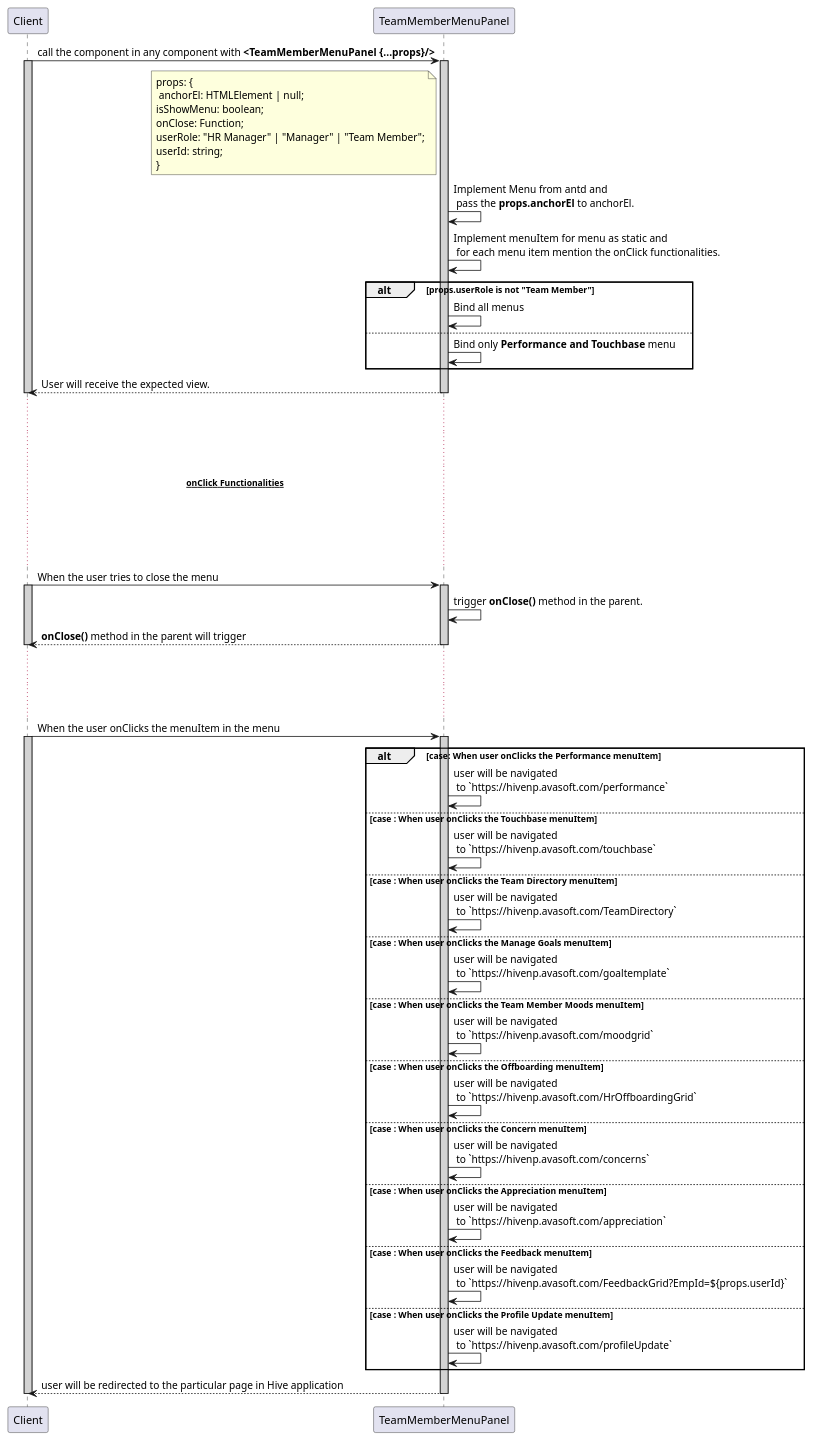
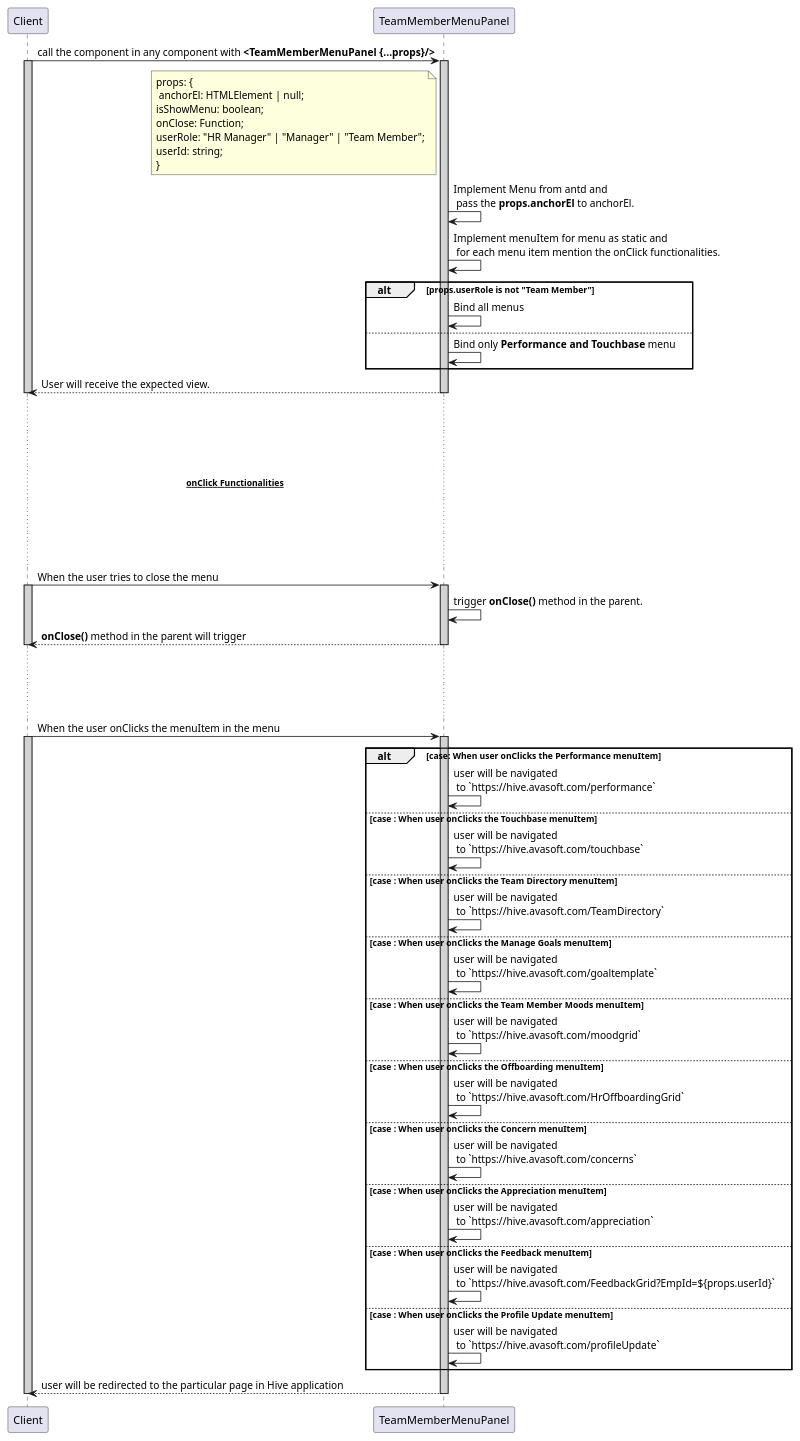
One commit to avasoft-mobility/workday-design changed the diagram in frontend/components/team_member_menu_panel/team_member_menu_panel.sequence.puml. Above: the diagram before and after it, drawn with PlantUML. The commit also changed 3 other files, not shown here.

Commit message:
Add onclick of menu items in NavigationBarPanel

```diff
--- a/frontend/components/team_member_menu_panel/team_member_menu_panel.sequence.puml
+++ b/frontend/components/team_member_menu_panel/team_member_menu_panel.sequence.puml
@@ -1,66 +1,66 @@
 @startuml TeamMemberMenuPanel sequence Diagram
 participant Client
 participant TeamMemberMenuPanel
 
 Client -> TeamMemberMenuPanel : call the component in any component with **<TeamMemberMenuPanel {...props}/>**
 activate Client #D3D3D3
     activate TeamMemberMenuPanel #D3D3D3
         note left of TeamMemberMenuPanel : props: {\n anchorEl: HTMLElement | null;\nisShowMenu: boolean;\nonClose: Function;\nuserRole: "HR Manager" | "Manager" | "Team Member";\nuserId: string; \n}
         TeamMemberMenuPanel -> TeamMemberMenuPanel : Implement Menu from antd and\n pass the **props.anchorEl** to anchorEl.
         TeamMemberMenuPanel -> TeamMemberMenuPanel : Implement menuItem for menu as static and\n for each menu item mention the onClick functionalities.
         alt props.userRole is not "Team Member"
             TeamMemberMenuPanel -> TeamMemberMenuPanel : Bind all menus
         else 
             TeamMemberMenuPanel -> TeamMemberMenuPanel : Bind only **Performance and Touchbase** menu
         end
         Client <-- TeamMemberMenuPanel : User will receive the expected view.
     deactivate TeamMemberMenuPanel
 deactivate Client
 
 ... ...
 ... ...
 ...~~**onClick Functionalities**~~ ...
 ... ...
 ... ...
 
 Client -> TeamMemberMenuPanel : When the user tries to close the menu 
 activate Client #D3D3D3
     activate TeamMemberMenuPanel #D3D3D3
         TeamMemberMenuPanel -> TeamMemberMenuPanel : trigger **onClose()** method in the parent.
         Client <-- TeamMemberMenuPanel : **onClose()** method in the parent will trigger
     deactivate TeamMemberMenuPanel
 deactivate Client
 
 ... ...
 ... ...
 
 
 Client -> TeamMemberMenuPanel : When the user onClicks the menuItem in the menu 
 activate Client #D3D3D3
     activate TeamMemberMenuPanel #D3D3D3
         alt case: When user onClicks the **Performance** menuItem
-            TeamMemberMenuPanel -> TeamMemberMenuPanel : user will be navigated\n to `https://hivenp.avasoft.com/performance`
+            TeamMemberMenuPanel -> TeamMemberMenuPanel : user will be navigated\n to `https://hive.avasoft.com/performance`
         else case : When user onClicks the **Touchbase** menuItem
-            TeamMemberMenuPanel -> TeamMemberMenuPanel : user will be navigated\n to `https://hivenp.avasoft.com/touchbase`
+            TeamMemberMenuPanel -> TeamMemberMenuPanel : user will be navigated\n to `https://hive.avasoft.com/touchbase`
         else case : When user onClicks the **Team Directory** menuItem
-            TeamMemberMenuPanel -> TeamMemberMenuPanel : user will be navigated\n to `https://hivenp.avasoft.com/TeamDirectory`
+            TeamMemberMenuPanel -> TeamMemberMenuPanel : user will be navigated\n to `https://hive.avasoft.com/TeamDirectory`
         else case : When user onClicks the **Manage Goals** menuItem
-            TeamMemberMenuPanel -> TeamMemberMenuPanel : user will be navigated\n to `https://hivenp.avasoft.com/goaltemplate`
+            TeamMemberMenuPanel -> TeamMemberMenuPanel : user will be navigated\n to `https://hive.avasoft.com/goaltemplate`
         else case : When user onClicks the **Team Member Moods** menuItem
-            TeamMemberMenuPanel -> TeamMemberMenuPanel : user will be navigated\n to `https://hivenp.avasoft.com/moodgrid`
+            TeamMemberMenuPanel -> TeamMemberMenuPanel : user will be navigated\n to `https://hive.avasoft.com/moodgrid`
         else case : When user onClicks the **Offboarding** menuItem
-            TeamMemberMenuPanel -> TeamMemberMenuPanel : user will be navigated\n to `https://hivenp.avasoft.com/HrOffboardingGrid`
+            TeamMemberMenuPanel -> TeamMemberMenuPanel : user will be navigated\n to `https://hive.avasoft.com/HrOffboardingGrid`
         else case : When user onClicks the **Concern** menuItem
-            TeamMemberMenuPanel -> TeamMemberMenuPanel : user will be navigated\n to `https://hivenp.avasoft.com/concerns`
+            TeamMemberMenuPanel -> TeamMemberMenuPanel : user will be navigated\n to `https://hive.avasoft.com/concerns`
         else case : When user onClicks the **Appreciation** menuItem
-            TeamMemberMenuPanel -> TeamMemberMenuPanel : user will be navigated\n to `https://hivenp.avasoft.com/appreciation`
+            TeamMemberMenuPanel -> TeamMemberMenuPanel : user will be navigated\n to `https://hive.avasoft.com/appreciation`
         else case : When user onClicks the **Feedback** menuItem
-            TeamMemberMenuPanel -> TeamMemberMenuPanel : user will be navigated\n to `https://hivenp.avasoft.com/FeedbackGrid?EmpId=${props.userId}`
+            TeamMemberMenuPanel -> TeamMemberMenuPanel : user will be navigated\n to `https://hive.avasoft.com/FeedbackGrid?EmpId=${props.userId}`
         else case : When user onClicks the **Profile Update** menuItem
-            TeamMemberMenuPanel -> TeamMemberMenuPanel : user will be navigated\n to `https://hivenp.avasoft.com/profileUpdate`
+            TeamMemberMenuPanel -> TeamMemberMenuPanel : user will be navigated\n to `https://hive.avasoft.com/profileUpdate`
         end
         Client <-- TeamMemberMenuPanel : user will be redirected to the particular page in Hive application
     deactivate TeamMemberMenuPanel
 deactivate Client
 
 @enduml
```
